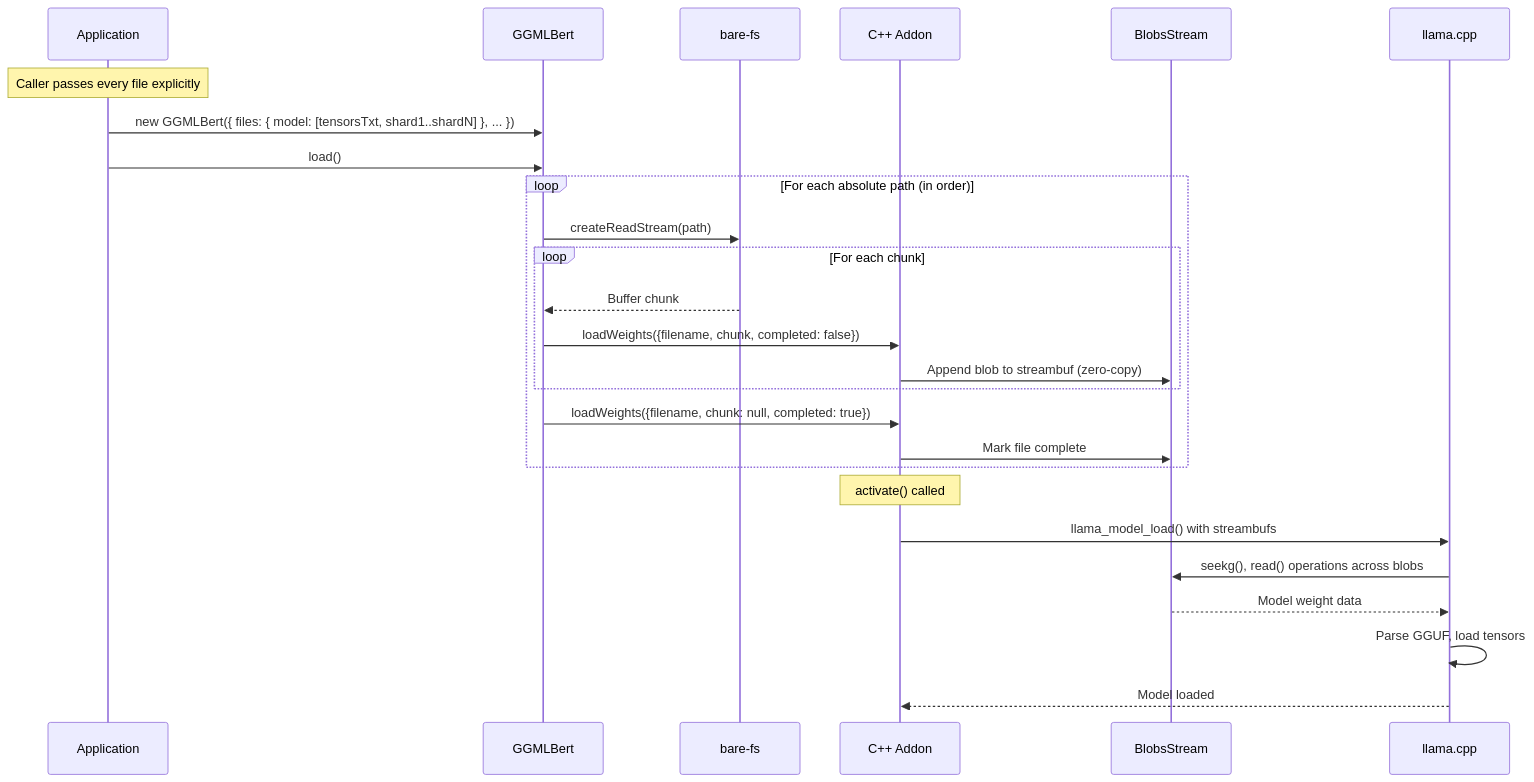
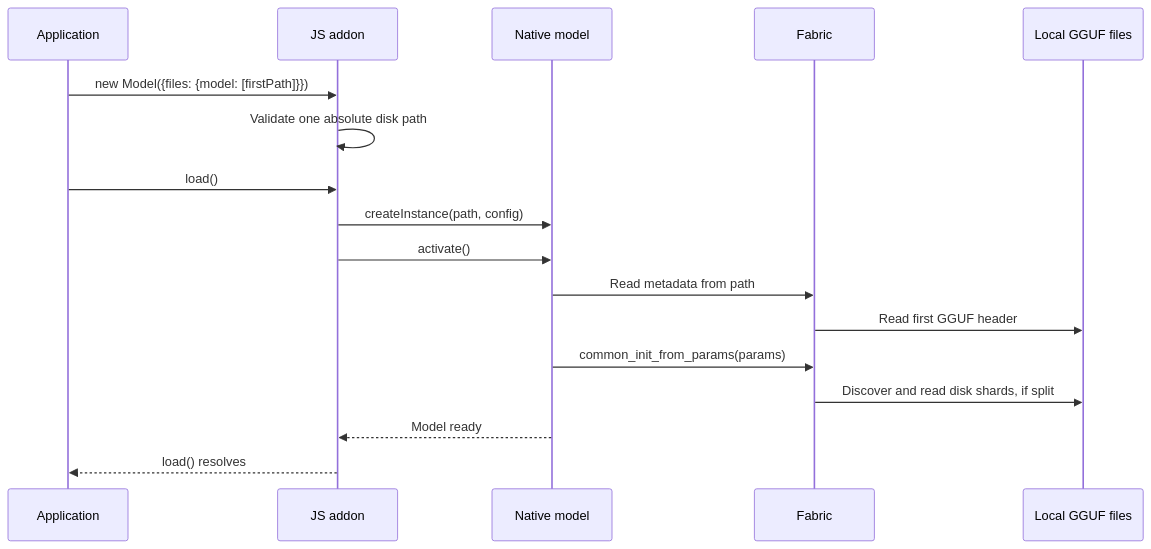
One commit to tetherto/qvac changed the first of 6 diagrams in packages/embed-llamacpp/docs/data-flows-detailed.md. Above: the diagram before and after it, drawn with Mermaid. The commit also changed other lines of this file and 80 other files, not shown here.

First line of the commit message:
QVAC-27105 mod[bc]: load LLM and Embed models from disk only (#5398)

````diff
--- a/packages/embed-llamacpp/docs/data-flows-detailed.md
+++ b/packages/embed-llamacpp/docs/data-flows-detailed.md
@@ -86,31 +30,19 @@
 ```mermaid
 sequenceDiagram
     participant App as Application
-    participant GGMLBert as GGMLBert
-    participant FS as bare-fs
-    participant Cpp as C++ Addon
-    participant Stream as BlobsStream
-    participant LLAMA as llama.cpp
-
-    Note over App: Caller passes every file explicitly
-    App->>GGMLBert: new GGMLBert({ files: { model: [tensorsTxt, shard1..shardN] }, ... })
-    App->>GGMLBert: load()
-
-    loop For each absolute path (in order)
-        GGMLBert->>FS: createReadStream(path)
-        loop For each chunk
-            FS-->>GGMLBert: Buffer chunk
-            GGMLBert->>Cpp: loadWeights({filename, chunk, completed: false})
-            Cpp->>Stream: Append blob to streambuf (zero-copy)
-        end
-        GGMLBert->>Cpp: loadWeights({filename, chunk: null, completed: true})
-        Cpp->>Stream: Mark file complete
-    end
-
-    Note over Cpp: activate() called
-    Cpp->>LLAMA: llama_model_load() with streambufs
-    LLAMA->>Stream: seekg(), read() operations across blobs
-    Stream-->>LLAMA: Model weight data
-    LLAMA->>LLAMA: Parse GGUF, load tensors
-    LLAMA-->>Cpp: Model loaded
+    participant JS as JS addon
+    participant Native as Native model
+    participant Fabric as Fabric
+    participant Disk as Local GGUF files
+    App->>JS: new Model({files: {model: [firstPath]}})
+    JS->>JS: Validate one absolute disk path
+    App->>JS: load()
+    JS->>Native: createInstance(path, config)
+    JS->>Native: activate()
+    Native->>Fabric: Read metadata from path
+    Fabric->>Disk: Read first GGUF header
+    Native->>Fabric: common_init_from_params(params)
+    Fabric->>Disk: Discover and read disk shards, if split
+    Native-->>JS: Model ready
+    JS-->>App: load() resolves
 ```
````
